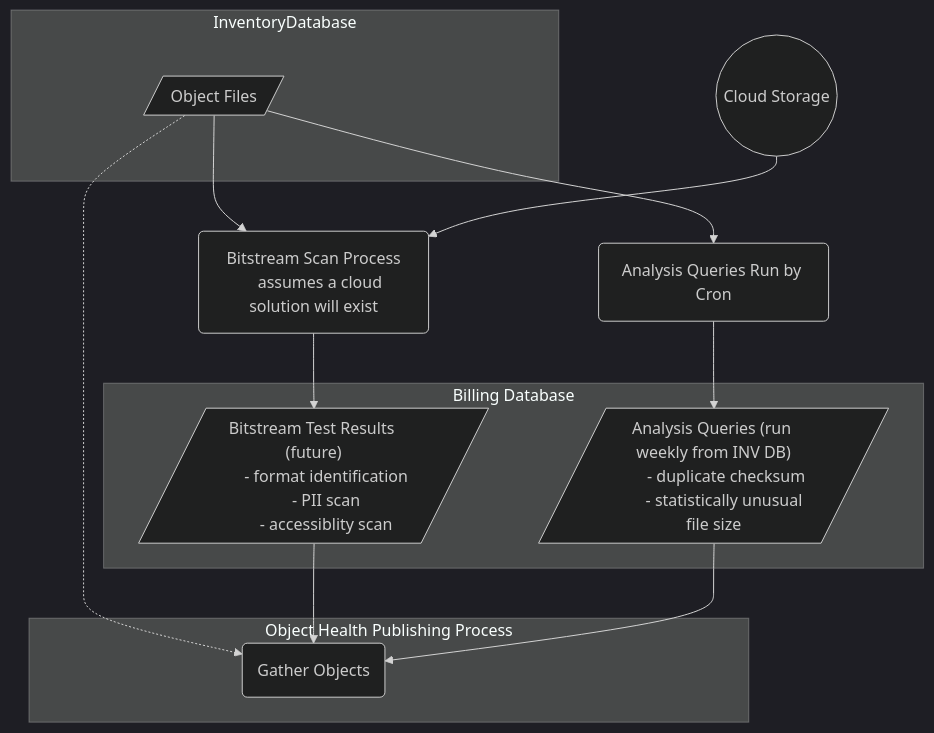
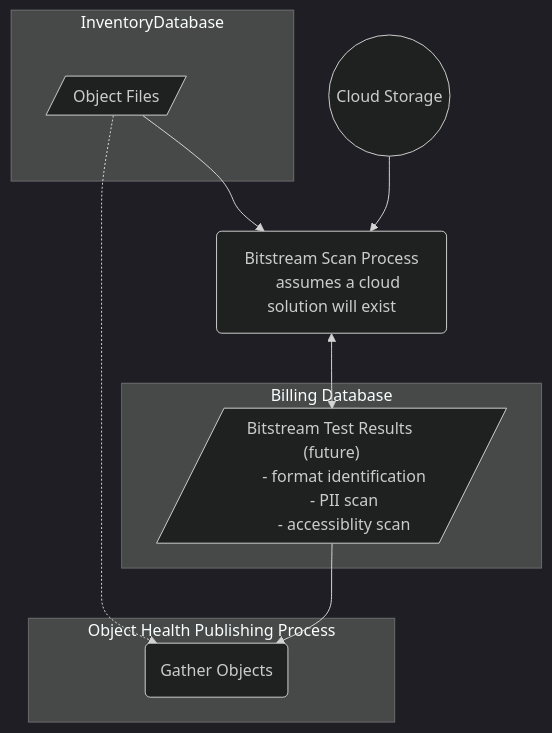
The third of 3 diagrams in coll-health-obj-analysis/README.md (CDLUC3/mrt-cron), drawn with Mermaid (dark theme) before and after one commit. The commit also changed other lines of this file, not shown here.

````diff
--- a/coll-health-obj-analysis/README.md
+++ b/coll-health-obj-analysis/README.md
@@ -94,31 +117,24 @@
 ```mermaid
   graph TD;
       subgraph Object Health Publishing Process
         GATHER(Gather Objects)
       end
       subgraph InventoryDatabase
         OF[/Object Files/]
       end
       subgraph Billing Database 
         BT[/"Bitstream Test Results (future)
         - format identification
         - PII scan
         - accessiblity scan
         "/]
-        AQ[/"Analysis Queries (run weekly from INV DB)
-        - duplicate checksum
-        - statistically unusual file size"/]
       end
       OF-.->GATHER
       BITSCAN("Bitstream Scan Process
       assumes a cloud solution will exist")
       OF-->BITSCAN
-      BITSCAN-->BT
-      AQC(Analysis Queries Run by Cron)
-      AQC-->AQ
-      OF-->AQC
+      BITSCAN<-->BT
       CLOUD((Cloud Storage))
       CLOUD-->BITSCAN
       BT-->GATHER
-      AQ-->GATHER
 ```
````
